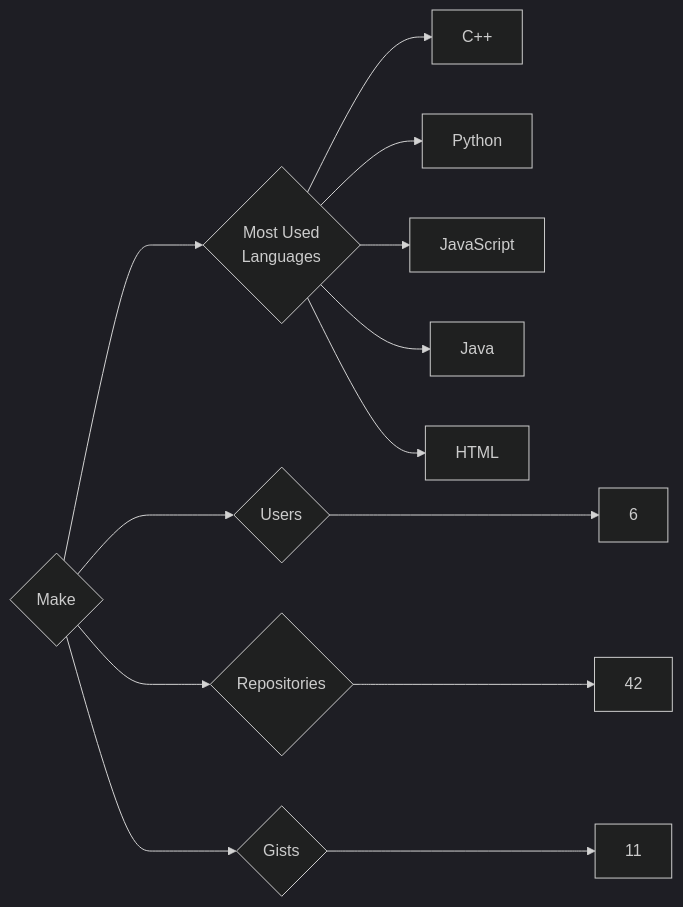
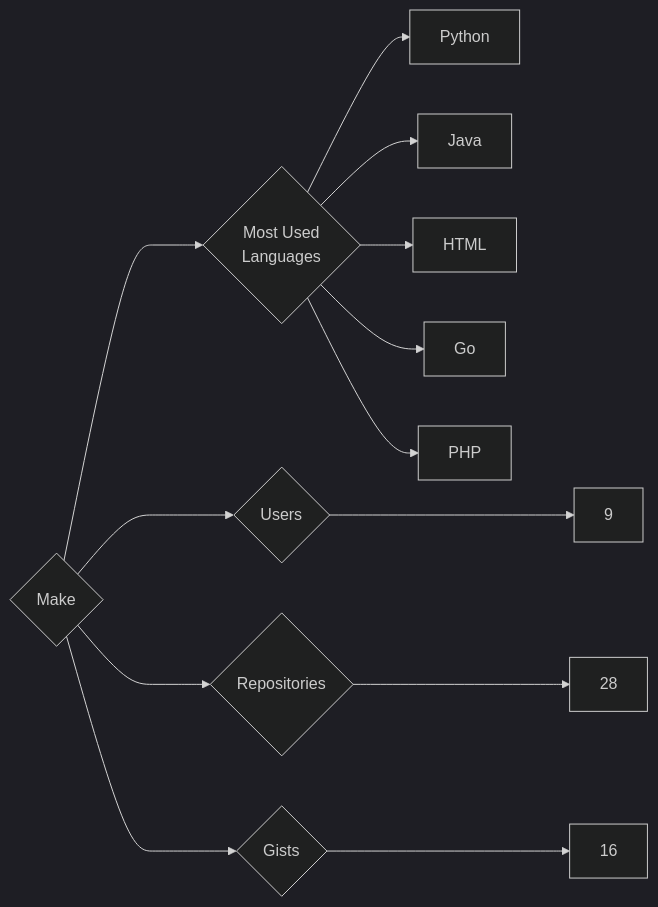
One commit to trickest/insiders changed the diagram in targets/Make/README.md. Above: the diagram before and after it, drawn with Mermaid (dark theme). The commit also changed 695 other files, not shown here.

````diff
--- a/targets/Make/README.md
+++ b/targets/Make/README.md
@@ -3,13 +3,13 @@
 ```mermaid
 graph LR
 COMPANY_NAME{Make}
-COMPANY_NAME ---> U{Users} ---> UN[6]
-COMPANY_NAME ---> R{Repositories} ---> RN[42]
-COMPANY_NAME ---> G{Gists} ---> GN[11]
+COMPANY_NAME ---> U{Users} ---> UN[9]
+COMPANY_NAME ---> R{Repositories} ---> RN[28]
+COMPANY_NAME ---> G{Gists} ---> GN[16]
 COMPANY_NAME ---> ML{Most Used<br>Languages}
-ML --> C++[C++]
 ML --> Python[Python]
-ML --> JavaScript[JavaScript]
 ML --> Java[Java]
 ML --> HTML[HTML]
+ML --> Go[Go]
+ML --> PHP[PHP]
 ```
````
